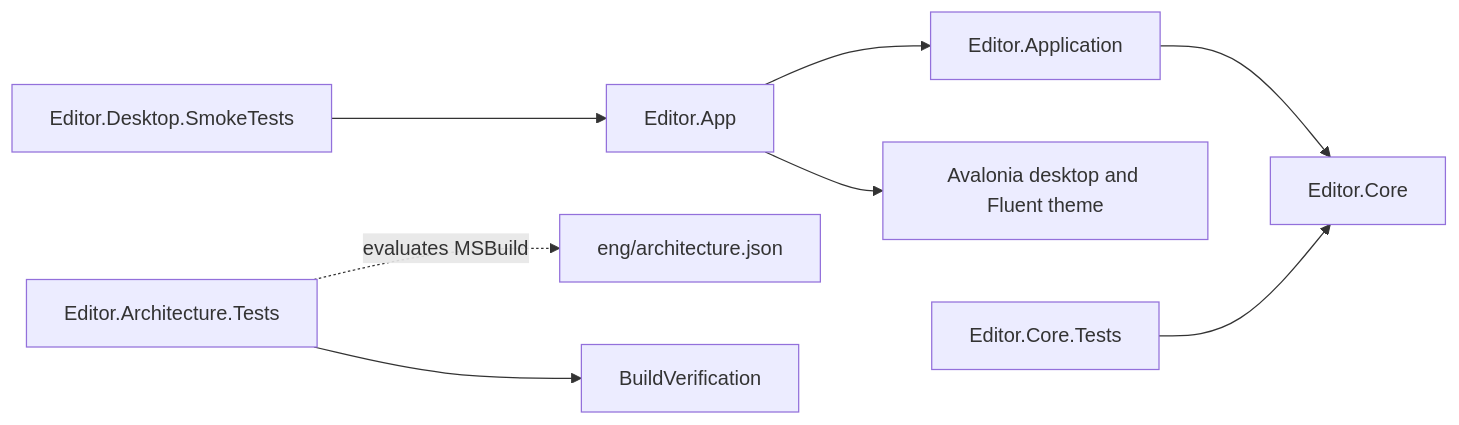
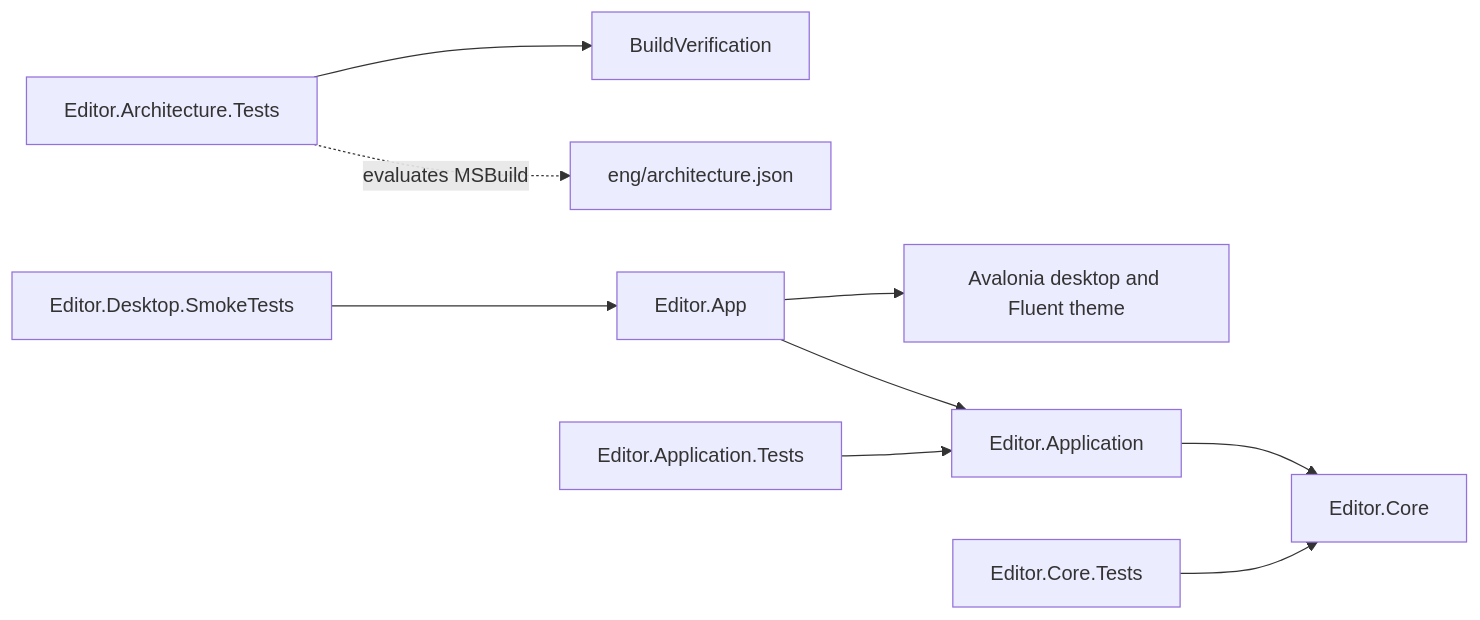
One commit to daniel-kindl/tangopad changed the diagram in docs/architecture.md. Above: the diagram before and after it, drawn with Mermaid. The commit also changed other lines of this file and 13 other files, not shown here.

````diff
--- a/docs/architecture.md
+++ b/docs/architecture.md
@@ -12,10 +12,11 @@
 ```mermaid
 flowchart LR
     App[Editor.App] --> Application[Editor.Application]
     Application --> Core[Editor.Core]
     App --> Avalonia[Avalonia desktop and Fluent theme]
     ArchitectureTests[Editor.Architecture.Tests] -. evaluates MSBuild .-> Policy[eng/architecture.json]
     ArchitectureTests --> BuildVerification[BuildVerification]
+    ApplicationTests[Editor.Application.Tests] --> Application
     CoreTests[Editor.Core.Tests] --> Core
     SmokeTests[Editor.Desktop.SmokeTests] --> App
 ```
````
